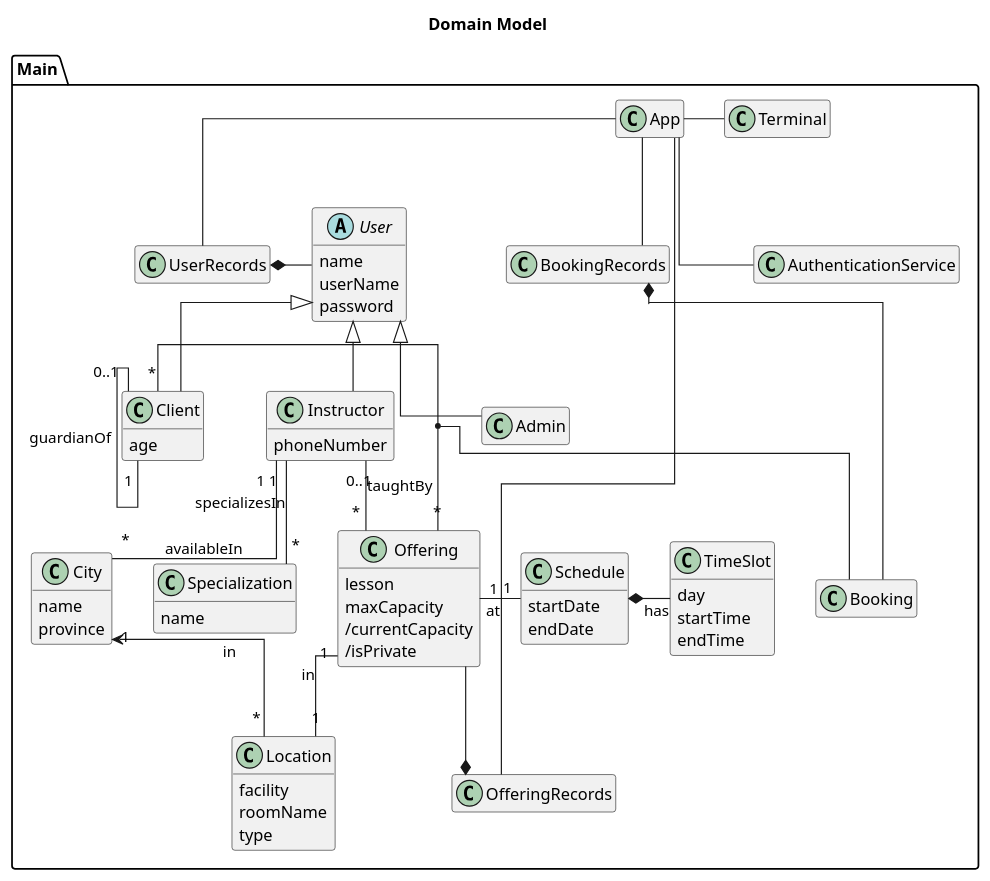
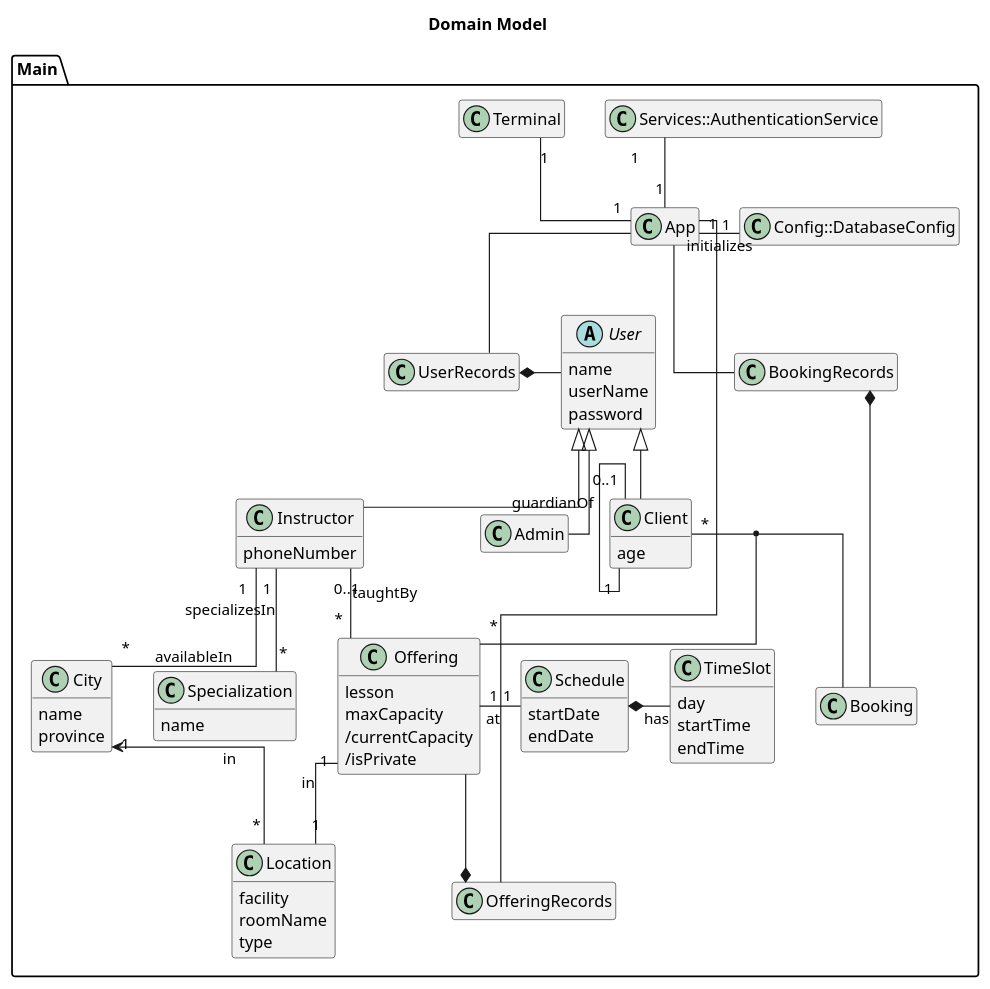
The diagram in diagrams/src/domain-model.pu (NathanGrenier/SOEN-342-Project), drawn with PlantUML before and after one commit. The commit also changed 2 other files, not shown here.

Commit message:
2: reviewed domain model and created package diagram.

```diff
--- a/diagrams/src/domain-model.pu
+++ b/diagrams/src/domain-model.pu
@@ -1,90 +1,93 @@
 @startuml Domain Model
 title Domain Model
 
 hide empty members
 skinparam linetype ortho
 
 package Main {
     class Terminal {}
     class App {}
-    class AuthenticationService {}
+    class Services::AuthenticationService {}
+    class Config::DatabaseConfig {}
+
 
     class UserRecords {}
     abstract User {
         name
         userName
         password
     }
     class Client {
         age
     }
     class Specialization {
         name
     }
     class Instructor {
         phoneNumber
     }
     class Admin {}
 
     class OfferingRecords {}
     class Offering {
         lesson
         maxCapacity
         /currentCapacity
         /isPrivate
     }
 
     class City {
         name
         province
     }
     class Location {
         facility
         roomName
         type
     }
 
     class Schedule {
         startDate
         endDate
     }
     class TimeSlot {
         day
         startTime
         endTime
     }
 
     class BookingRecords {}
     class Booking {}
 
-    App - Terminal
-    App -- AuthenticationService
+    App "1" -up- "1" Terminal
+    App "1" -up- "1" Services::AuthenticationService
+    App "1" - "1" Config::DatabaseConfig: initializes
     App -- UserRecords
     App -- OfferingRecords
     App -- BookingRecords
 
     User <|-- Client
     User <|-- Instructor
     User <|-- Admin
 
     UserRecords *- User 
 
     Location "*" -up-> "1" City: in
 
     Schedule *- TimeSlot: has
 
     Offering --* OfferingRecords
     Offering "1" - "1" Schedule: at
     Offering "1" -- "1" Location: in
 
     Instructor "1" -- "*" Specialization: specializesIn
     Instructor "1" -- "*" City: availableIn
     Instructor "0..1" -- "*" Offering: taughtBy
 
     Client "*" - "*" Offering
     Client "0..1" -- "1" Client: guardianOf
 
     (Client, Offering) -- Booking
     Booking -left-* BookingRecords
 }
 @enduml
```
